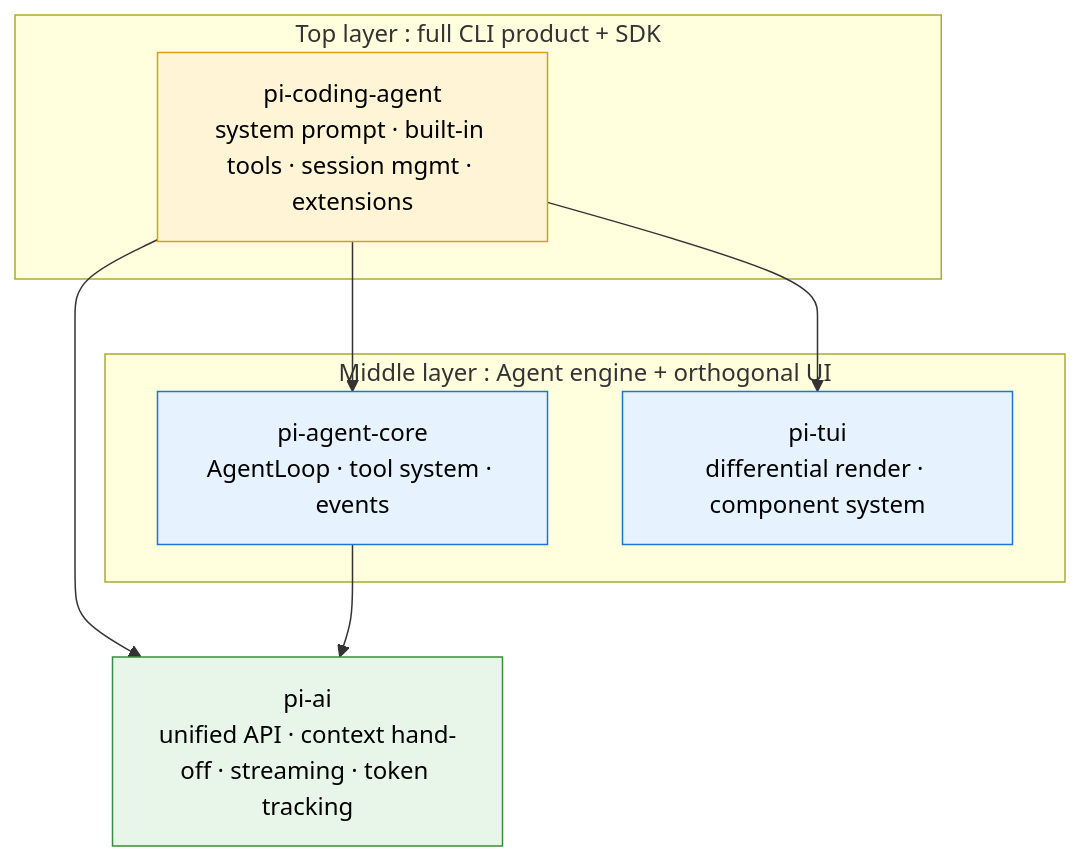
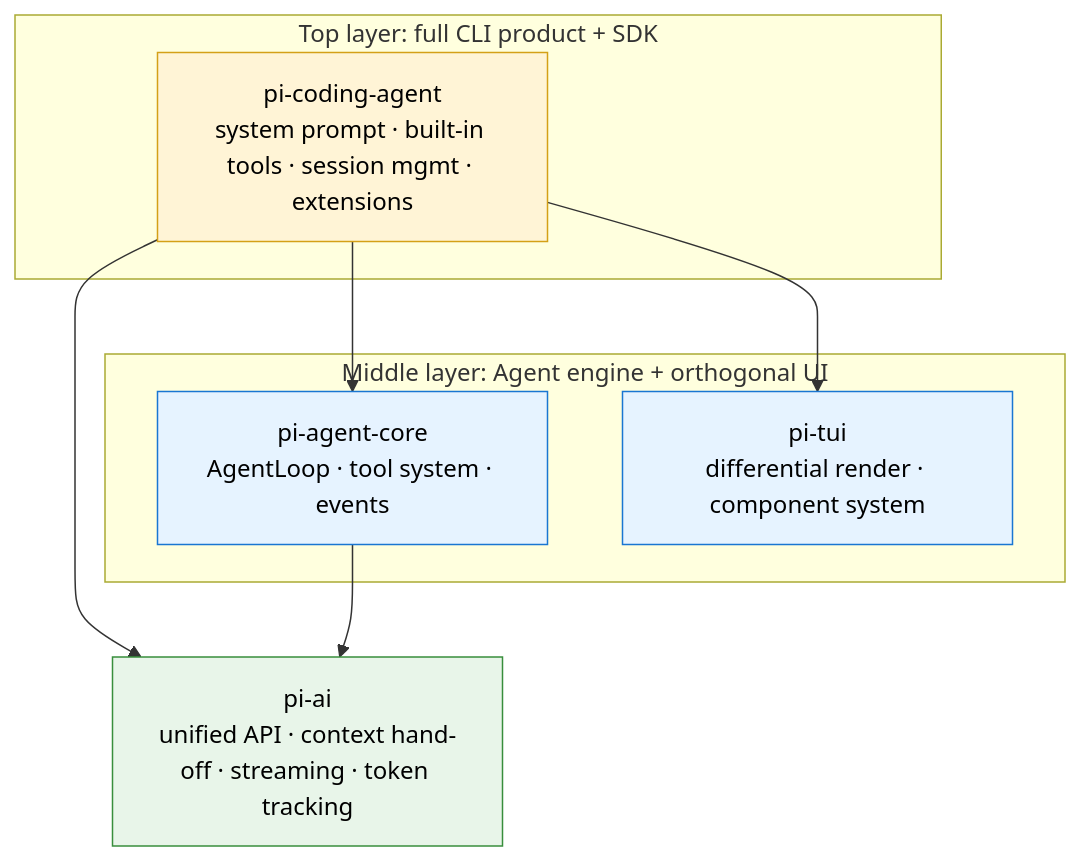
Before and after one commit to pifydev/docs: the diagram in en/src/ch01-overview.md, drawn with Mermaid. The commit also changed other lines of this file and 32 other files, not shown here.

````diff
--- a/en/src/ch01-overview.md
+++ b/en/src/ch01-overview.md
@@ -117,22 +117,22 @@
 ```mermaid
 %% Pi-Agent four-package architecture
 graph TB
-    subgraph TOP["Top layer : full CLI product + SDK"]
+    subgraph TOP["Top layer: full CLI product + SDK"]
         PCA["pi-coding-agent<br/>system prompt · built-in tools · session mgmt · extensions"]
     end
-    subgraph MID["Middle layer : Agent engine + orthogonal UI"]
+    subgraph MID["Middle layer: Agent engine + orthogonal UI"]
         PAC["pi-agent-core<br/>AgentLoop · tool system · events"]
         TUI["pi-tui<br/>differential render · component system"]
     end
     BOT["pi-ai<br/>unified API · context hand-off · streaming · token tracking"]
     PCA --> PAC
     PCA --> BOT
     PCA --> TUI
     PAC --> BOT
     classDef top fill:#fff4d6,stroke:#d4a017,color:#000
     classDef mid fill:#e6f3ff,stroke:#1976d2,color:#000
     classDef bot fill:#e8f5e9,stroke:#388e3c,color:#000
     class PCA top
     class PAC,TUI mid
     class BOT bot
 ```
````
